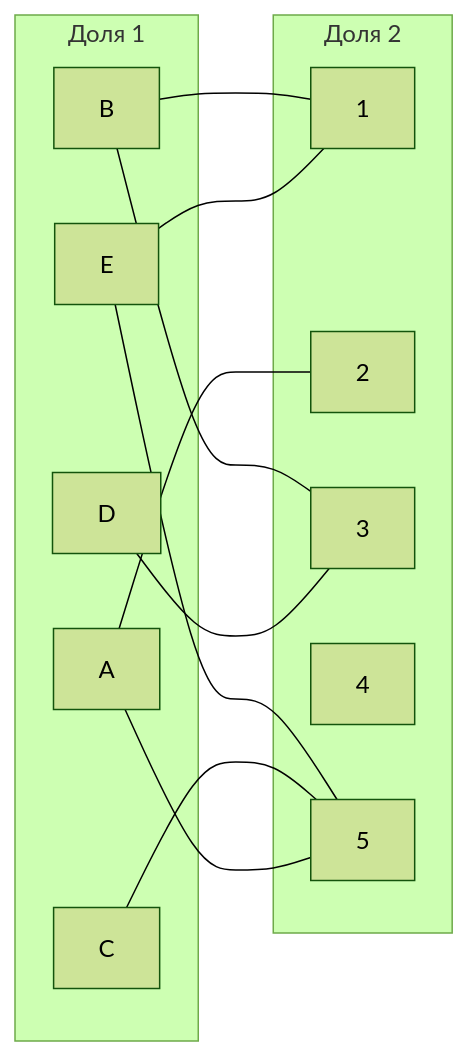
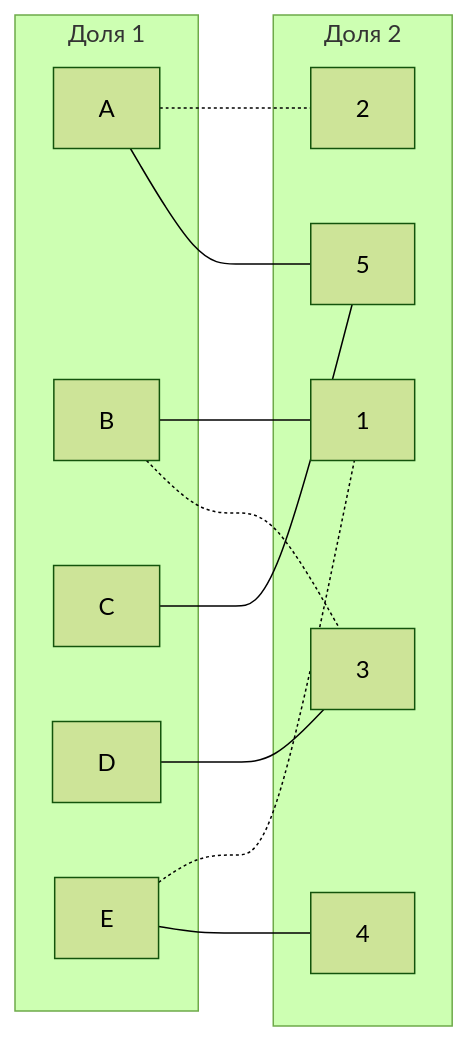
Before and after one commit to HSE-algo-23-crow/manual_tasks: the third of 4 diagrams in task_13/girls_task_13.md, drawn with Mermaid (forest theme). The commit also changed other lines of this file, not shown here.

````diff
--- a/task_13/girls_task_13.md
+++ b/task_13/girls_task_13.md
@@ -134,25 +134,25 @@
 ```mermaid
 graph LR
     subgraph "Доля 1"
         A[A]
         B[B]
         C[C]
         D[D]
         E[E]
     end
     subgraph "Доля 2"
         1[1]
         2[2]
         3[3]
         4[4]
         5[5]
     end
-    E --- 1
+    E -.- 1
     B --- 1
-    A --- 2
+    A -.- 2
     D --- 3
-    B --- 3
+    B -.- 3
     A --- 5
     C --- 5
-    E --- 5
+    E --- 4
 ```
````
